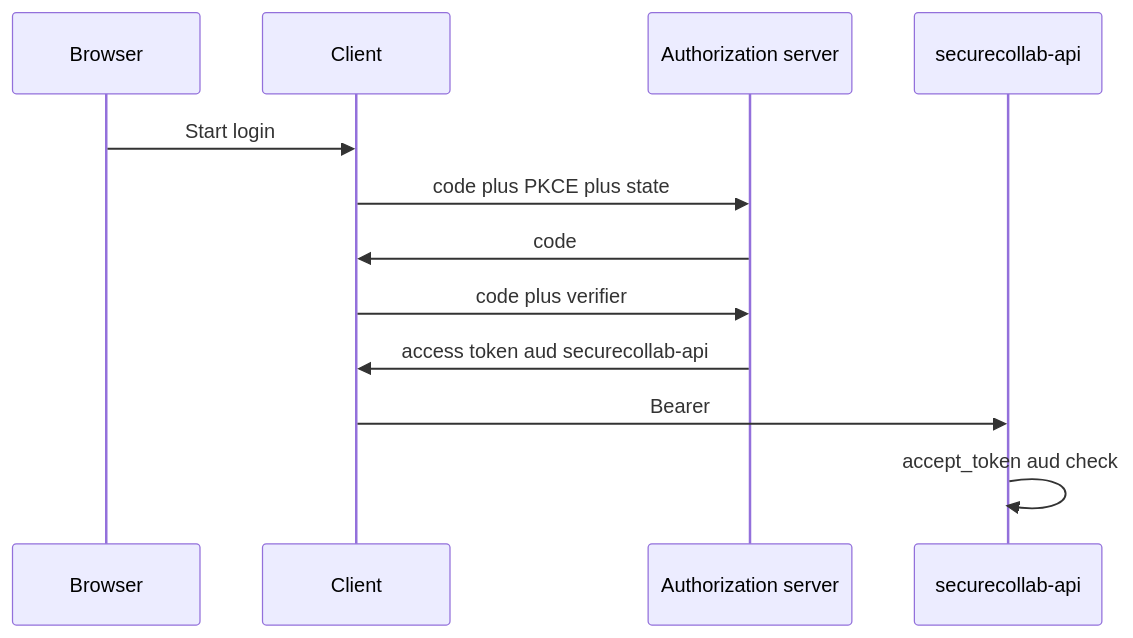
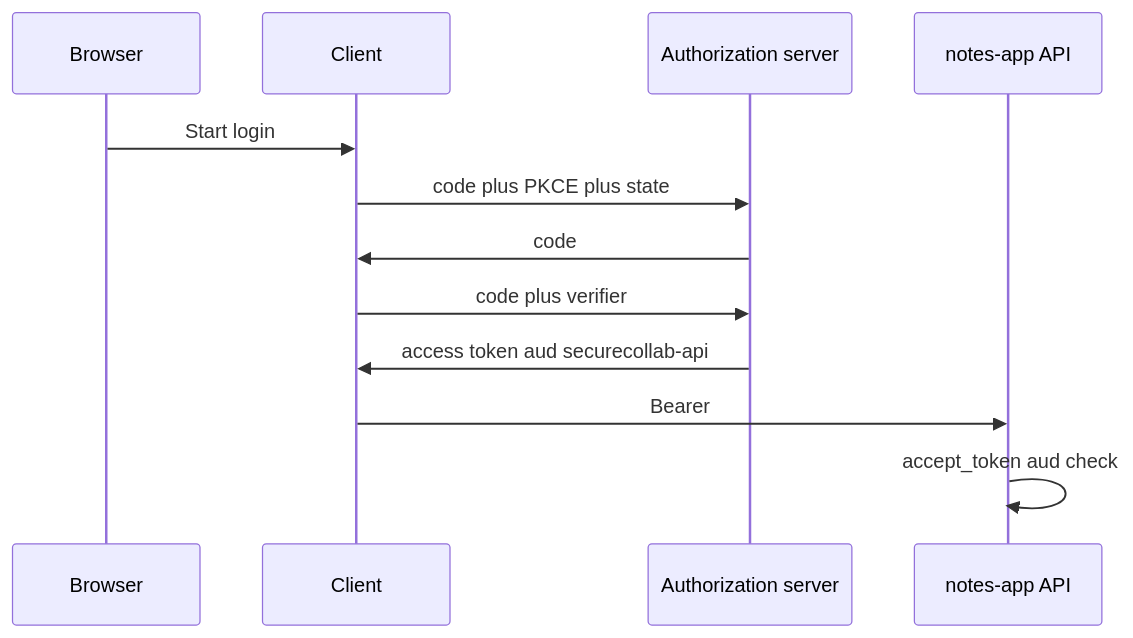
One commit to ishitvagoel/LearnSecurity changed the first of 2 diagrams in content/modules/4/4.5/lessons/02-model.md. Above: the diagram before and after it, drawn with Mermaid. The commit also changed other lines of this file and 39 other files, not shown here.

````diff
--- a/content/modules/4/4.5/lessons/02-model.md
+++ b/content/modules/4/4.5/lessons/02-model.md
@@ -15,14 +14,14 @@
 ```mermaid
 sequenceDiagram
   participant Browser
   participant Client
   participant AS as Authorization server
-  participant RS as securecollab-api
+  participant RS as notes-app API
   Browser->>Client: Start login
   Client->>AS: code plus PKCE plus state
   AS->>Client: code
   Client->>AS: code plus verifier
   AS->>Client: access token aud securecollab-api
   Client->>RS: Bearer
   RS->>RS: accept_token aud check
 ```
````
